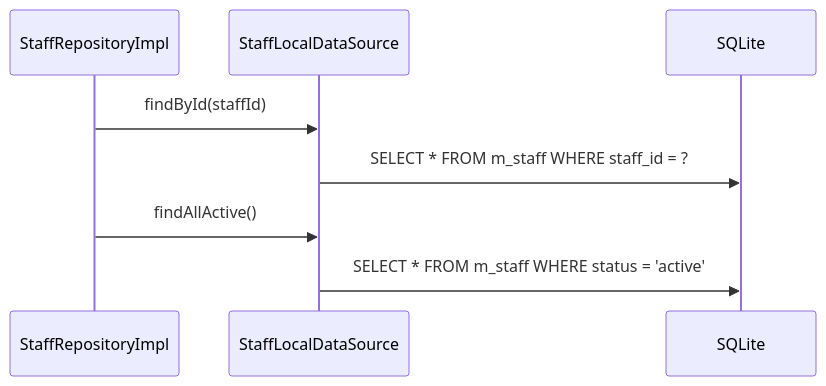
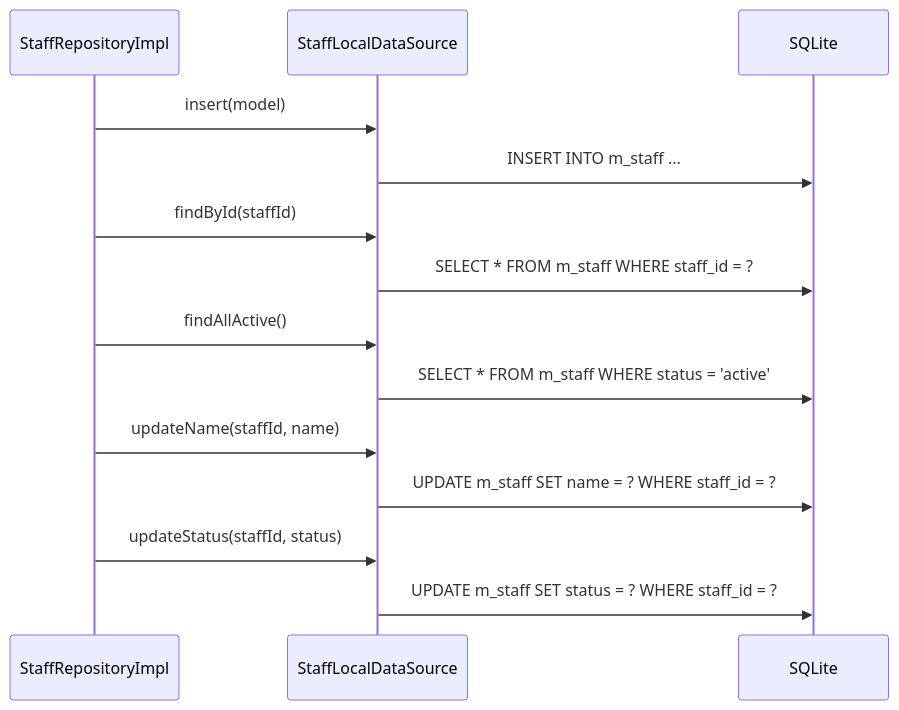
The diagram in docs/design/lib/src/features/voucher/data/datasources/staff_local_datasource.md (MinamiyamaKotaro/m3_pad), drawn with Mermaid before and after one commit. The commit also changed other lines of this file and 90 other files, not shown here.

````diff
--- a/docs/design/lib/src/features/voucher/data/datasources/staff_local_datasource.md
+++ b/docs/design/lib/src/features/voucher/data/datasources/staff_local_datasource.md
@@ -13,11 +14,17 @@
 ```mermaid
 sequenceDiagram
     participant R as StaffRepositoryImpl
     participant D as StaffLocalDataSource
     participant DB as SQLite
 
+    R->>D: insert(model)
+    D->>DB: INSERT INTO m_staff ...
     R->>D: findById(staffId)
     D->>DB: SELECT * FROM m_staff WHERE staff_id = ?
     R->>D: findAllActive()
     D->>DB: SELECT * FROM m_staff WHERE status = 'active'
+    R->>D: updateName(staffId, name)
+    D->>DB: UPDATE m_staff SET name = ? WHERE staff_id = ?
+    R->>D: updateStatus(staffId, status)
+    D->>DB: UPDATE m_staff SET status = ? WHERE staff_id = ?
 ```
````
